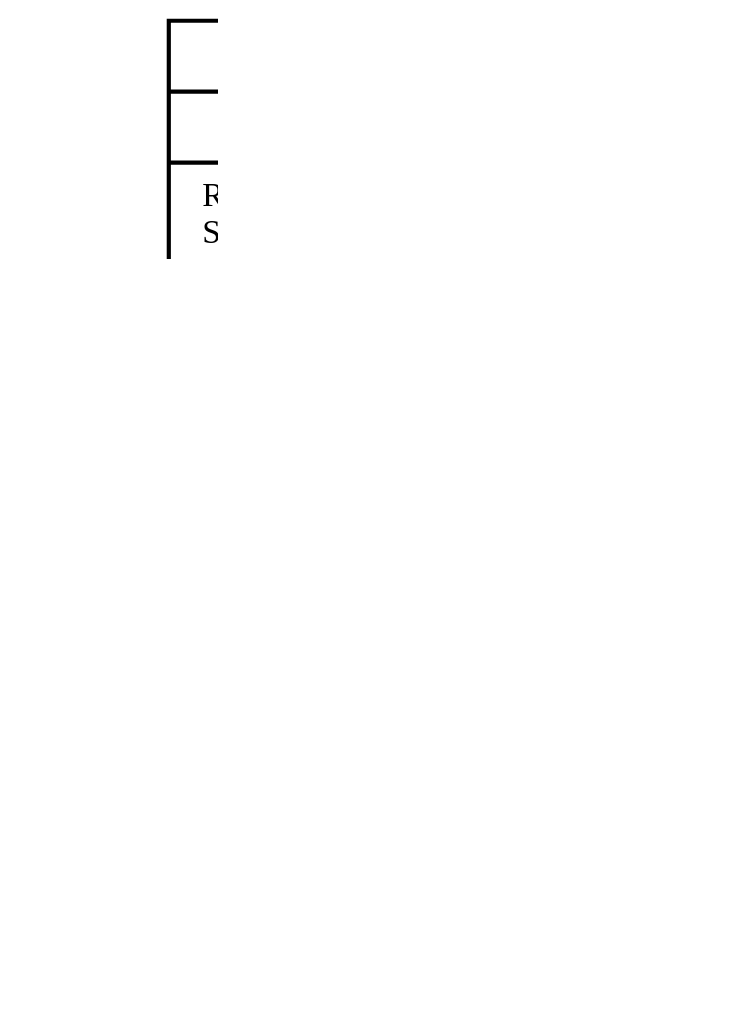
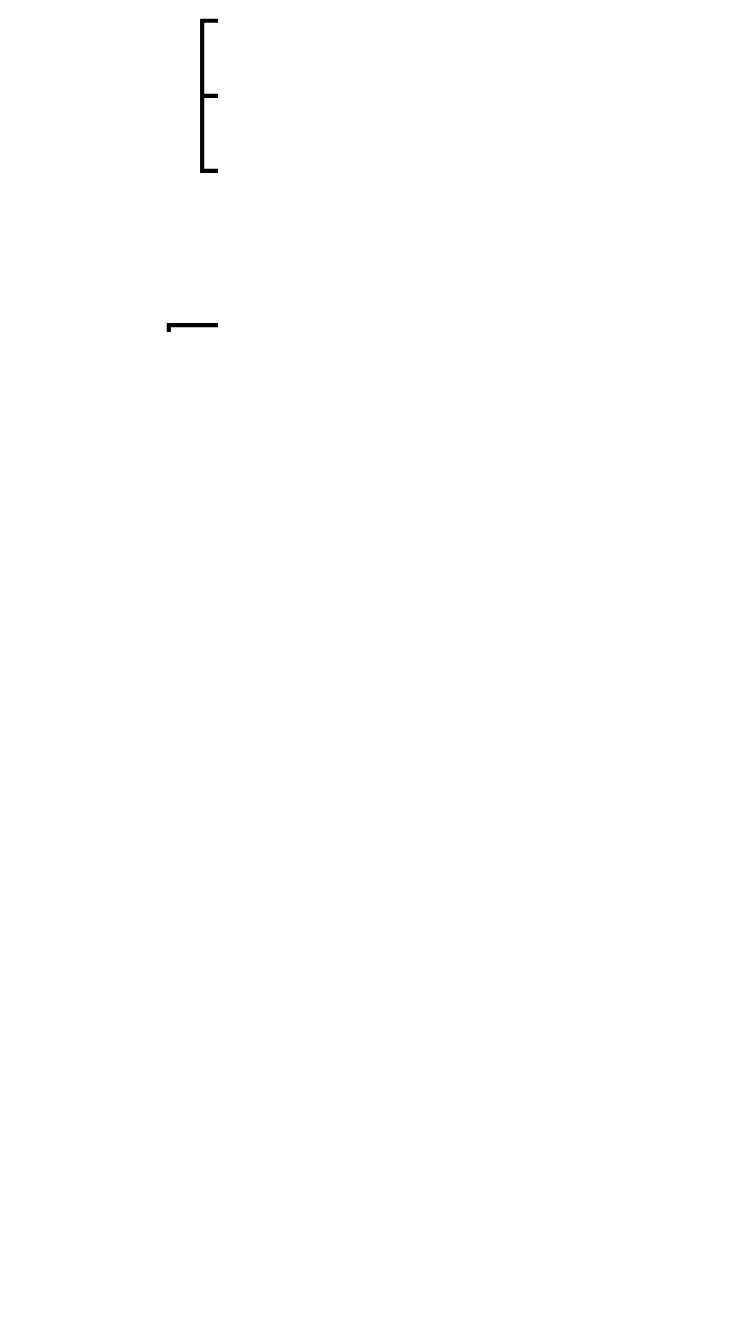
One commit to oleksa-oleksa/BachelorThesis_WebApp changed the diagram in 00_system_global.dot. Above: the diagram before and after it, drawn with Graphviz.

```diff
--- a/00_system_global.dot
+++ b/00_system_global.dot
@@ -1,57 +1,64 @@
 digraph G {
         graph [ dpi = 300 ]
         fontname = "Bitstream Vera Sans"
         fontsize = 8
 
         node [
                 fontname = "Bitstream Vera Sans"
                 fontsize = 8
                 shape = "record"
         ]
 
         edge [
                 fontname = "Bitstream Vera Sans"
                 fontsize = 8
         ]
 
         Client [
                 label = "{Client|
                         |
                         Read RFID Tag\l
                         Show information on LCD\l 
                         Connect to WiFi\l
-                        Send Get Parse JSON\l
+                        Send/Get/Parse JSON\l
                         Verify student\l
-                        Verifyboard\l
-                        Borrowrequest\l
+                        Verify board\l
+                        Borrow request\l
                         Return request\l}"
         ]
 
         Server [
                 label = "{Server|
                         Student profiles\l
                         Registered boards\l
                         Log system\l
                         Admin interface\l
                         Autorise student\l
                         Autorise board\l
                         Borrow board\l
                         Return board\l}"
         ]
 
         RFID_Scanner [
                 label = "{RFID_Scanner|
                         Scan card\l
                         }"
         ]
 
+        LCD [
+                label = "{LCD|
+                        Show text information\l
+                        }"
+        ]
+
         edge [
                 arrowhead = "onormal"
         ]
 
         RFID_Scanner -> Client
+        LCD -> Client
         Server -> Client
         Client -> RFID_Scanner
         Client -> Server
 
 }
```
